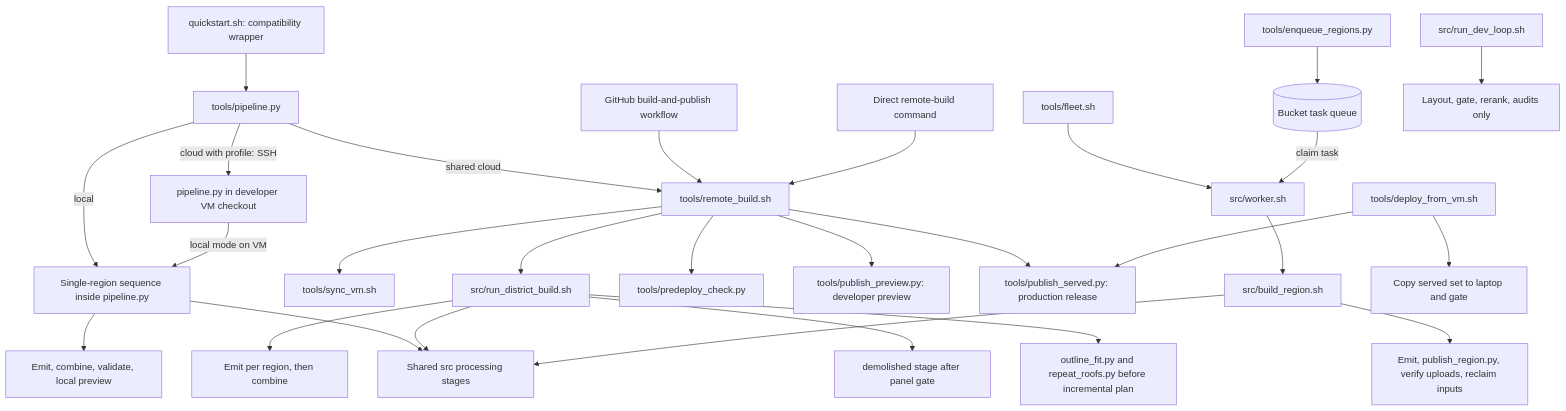
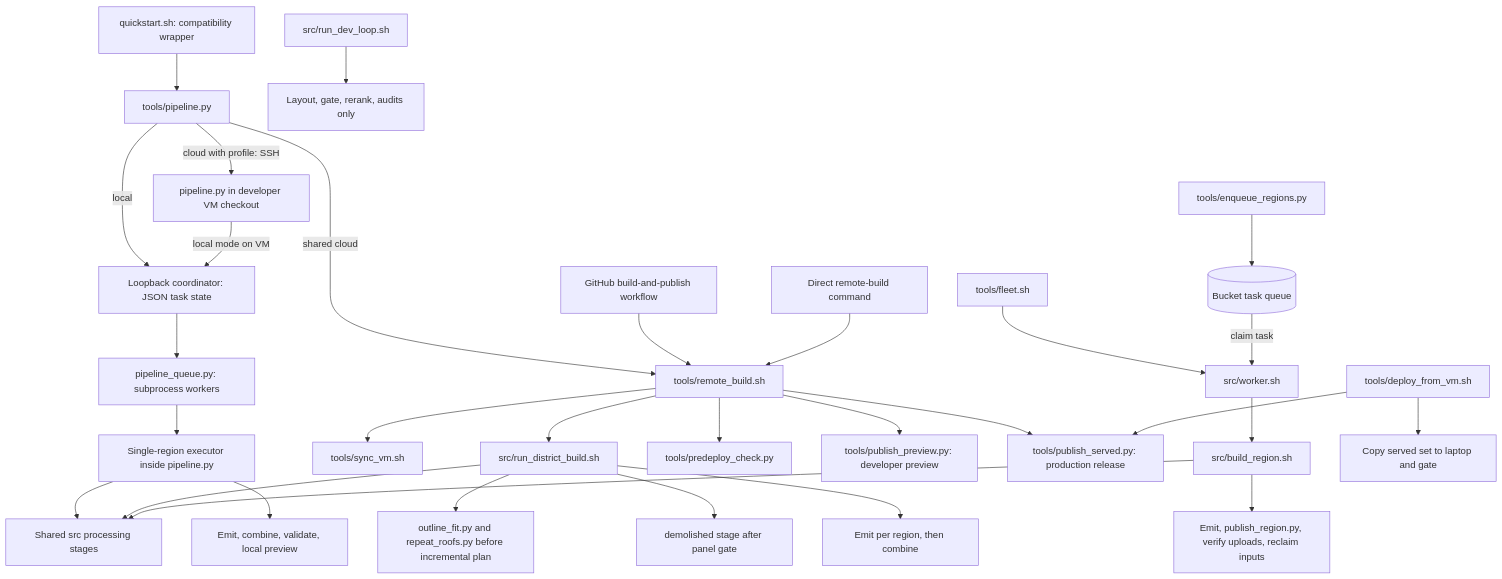
The first of 4 diagrams in docs/developers/tooling-execution.md (rewiring-nz/nz-solar-potential), drawn with Mermaid before and after one commit. The commit also changed other lines of this file and 41 other files, not shown here.

Commit message:
#45 Start align local pipeline with cloud, support threads, update docs

````diff
--- a/docs/developers/tooling-execution.md
+++ b/docs/developers/tooling-execution.md
@@ -16,30 +16,32 @@
 ```mermaid
 flowchart TB
   Quick["quickstart.sh: compatibility wrapper"] --> Pipeline["tools/pipeline.py"]
-  Pipeline -->|local| Local["Single-region sequence inside pipeline.py"]
+  Pipeline -->|local| LocalQueue["Loopback coordinator: JSON task state"]
+  LocalQueue --> LocalWorkers["pipeline_queue.py: subprocess workers"]
+  LocalWorkers --> Local["Single-region executor inside pipeline.py"]
   Pipeline -->|cloud with profile: SSH| Profile["pipeline.py in developer VM checkout"]
-  Profile -->|local mode on VM| Local
+  Profile -->|local mode on VM| LocalQueue
   Pipeline -->|shared cloud| Remote["tools/remote_build.sh"]
   Actions["GitHub build-and-publish workflow"] --> Remote
   Operator["Direct remote-build command"] --> Remote
   Remote --> Sync["tools/sync_vm.sh"]
   Remote --> District["src/run_district_build.sh"]
   Remote --> Gate["tools/predeploy_check.py"]
   Remote --> Preview["tools/publish_preview.py: developer preview"]
   Remote --> Release["tools/publish_served.py: production release"]
   Enqueue["tools/enqueue_regions.py"] --> Queue[("Bucket task queue")]
   Fleet["tools/fleet.sh"] --> Worker["src/worker.sh"]
   Queue -->|claim task| Worker
   Worker --> Region["src/build_region.sh"]
   Local --> Stages["Shared src processing stages"]
   District --> Preparation["outline_fit.py and repeat_roofs.py before incremental plan"]
   District --> Demolition["demolished stage after panel gate"]
   District --> Stages
   Region --> Stages
   Local --> LocalFinish["Emit, combine, validate, local preview"]
   District --> DistrictFinish["Emit per region, then combine"]
   Region --> RegionFinish["Emit, publish_region.py, verify uploads, reclaim inputs"]
   Dev["src/run_dev_loop.sh"] --> DevStages["Layout, gate, rerank, audits only"]
   Relay["tools/deploy_from_vm.sh"] --> RelayGate["Copy served set to laptop and gate"]
   Relay --> Release
 ```
````
